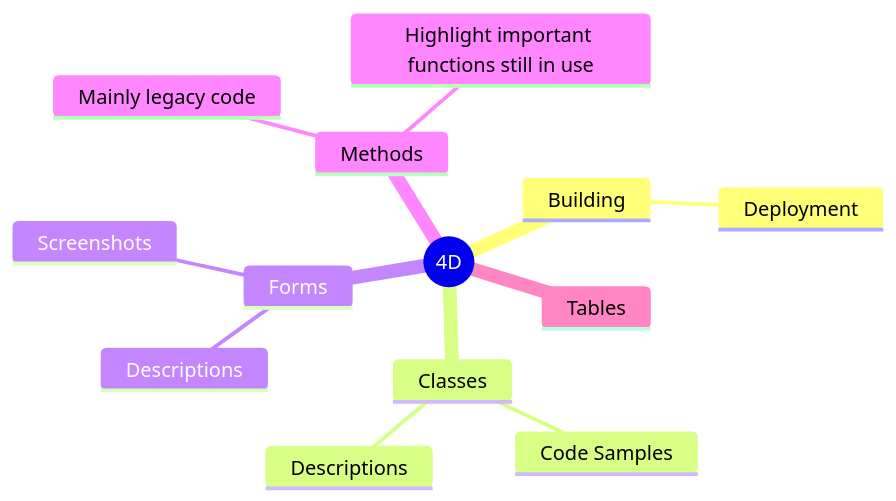
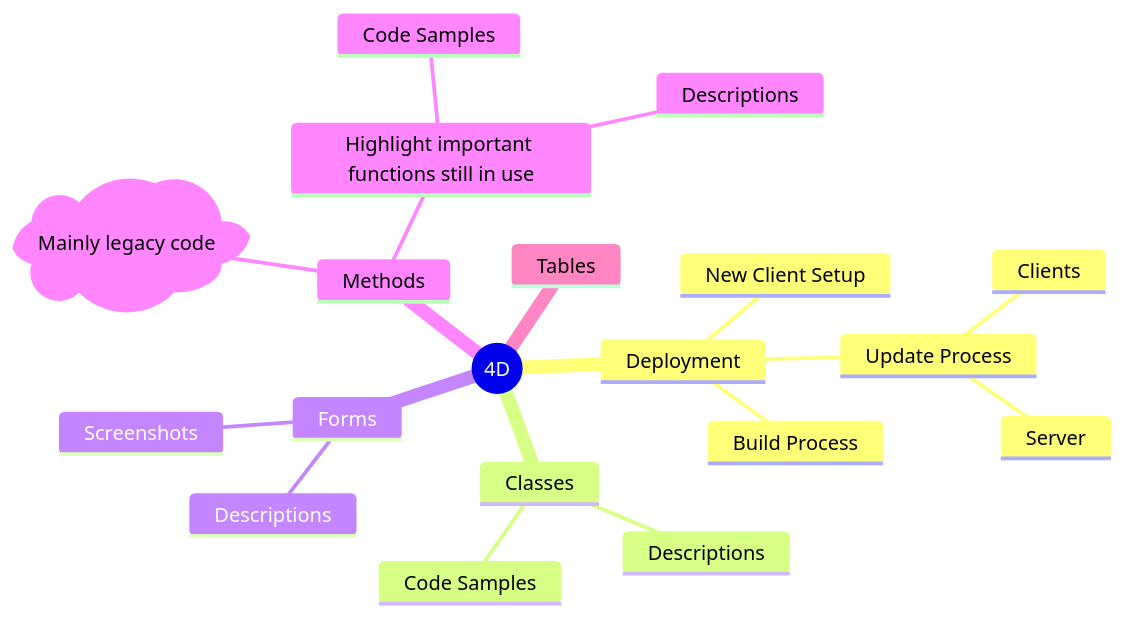
The diagram in index.md (synthotec/synthotec.github.io), drawn with Mermaid before and after one commit.

Commit message:
Updated 4D mindmap

````diff
--- a/index.md
+++ b/index.md
@@ -9,16 +9,22 @@
 ```mermaid
 mindmap
     root((4D))
-        Building
-            Deployment
+        Deployment
+            Build Process
+            New Client Setup
+            Update Process
+                Clients
+                Server
         Classes
             Code Samples
             Descriptions
         Forms
             Descriptions
             Screenshots
         Methods
-            Mainly legacy code
+            )Mainly legacy code(
             Highlight important functions still in use
+                Code Samples
+                Descriptions
         Tables            
 ```
````
